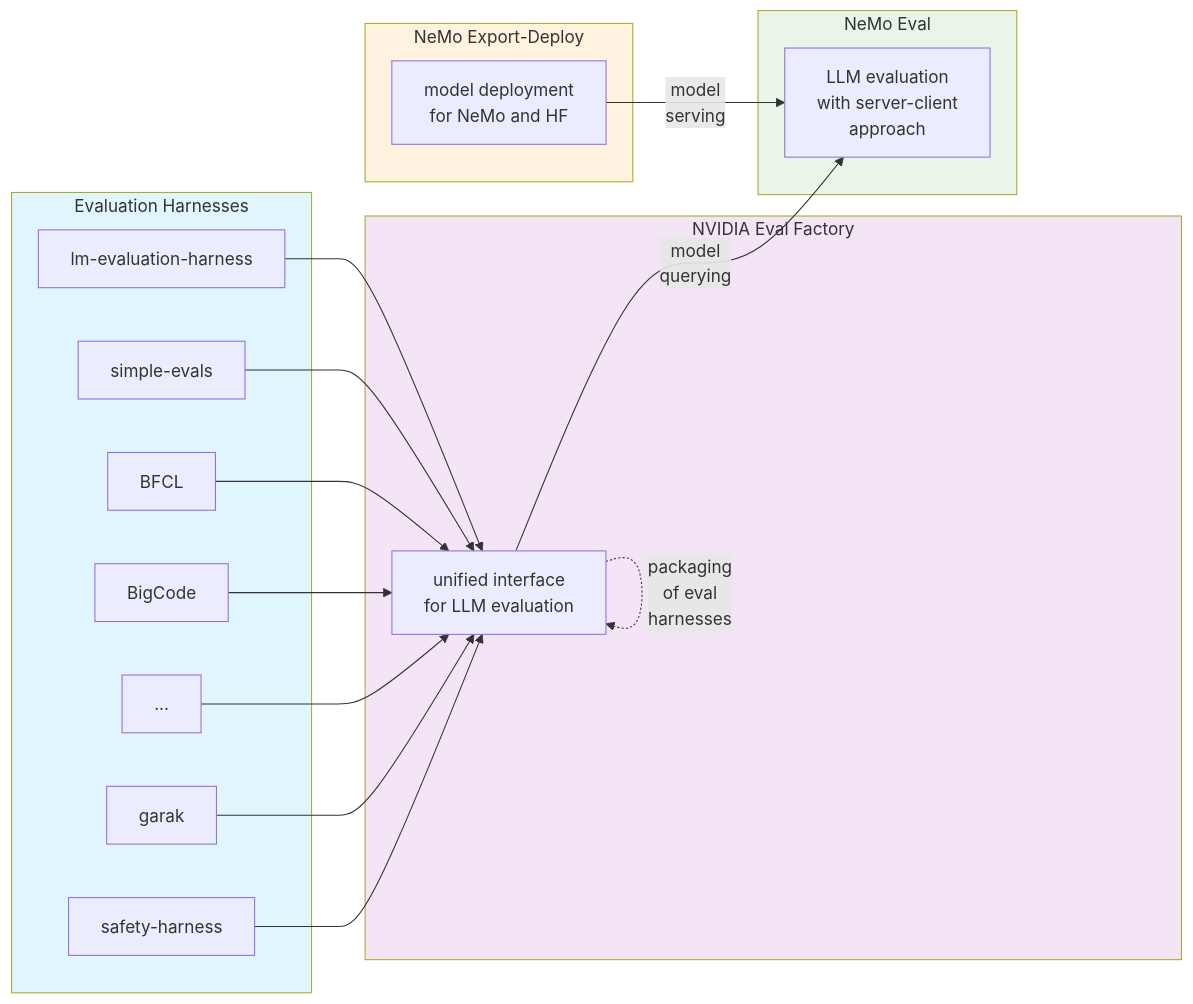
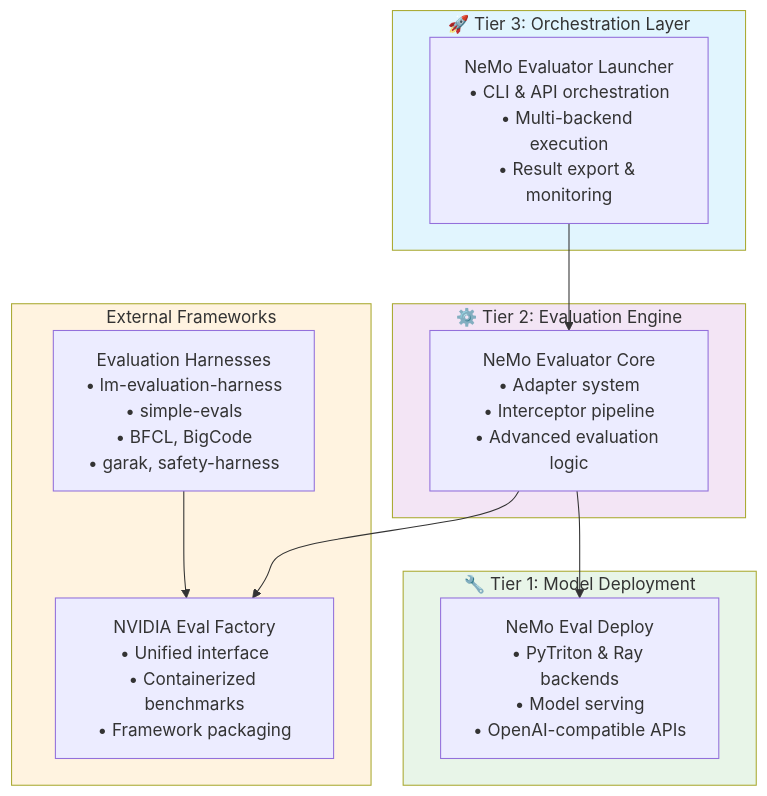
Before and after one commit to NVIDIA-NeMo/Evaluator: the first of 2 diagrams in docs/about/concepts/architecture.md, drawn with Mermaid. The commit also changed other lines of this file and 26 other files, not shown here.

````diff
--- a/docs/about/concepts/architecture.md
+++ b/docs/about/concepts/architecture.md
@@ -5,42 +5,30 @@
 ```{mermaid}
-graph LR
-    subgraph EvalHarnesses["Evaluation Harnesses"]
-        LMEval["lm-evaluation-harness"]
-        SimpleEvals["simple-evals"]
-        Garak["garak"]
-        BFCL["BFCL"]
-        BigCode["BigCode"]
-        SafetyHarness["safety-harness"]
-        Others["..."]
+graph TB
+    subgraph Tier3["🚀 Tier 3: Orchestration Layer"]
+        Launcher["NeMo Evaluator Launcher<br/>• CLI & API orchestration<br/>• Multi-backend execution<br/>• Result export & monitoring"]
     end
     
-    subgraph EvalFactory["NVIDIA Eval Factory"]
-        Factory["unified interface<br/>for LLM evaluation"]
+    subgraph Tier2["⚙️ Tier 2: Evaluation Engine"]
+        Evaluator["NeMo Evaluator Core<br/>• Adapter system<br/>• Interceptor pipeline<br/>• Advanced evaluation logic"]
     end
     
-    subgraph NeMoEval["NeMo Eval"]
-        NEval["LLM evaluation<br/>with server-client<br/>approach"]
+    subgraph Tier1["🔧 Tier 1: Model Deployment"]
+        Deploy["NeMo Eval Deploy<br/>• PyTriton & Ray backends<br/>• Model serving<br/>• OpenAI-compatible APIs"]
     end
     
-    subgraph Deployment["NeMo Export-Deploy"]
-        Deploy["model deployment<br/>for NeMo and HF"]
+    subgraph External["External Frameworks"]
+        EvalHarnesses["Evaluation Harnesses<br/>• lm-evaluation-harness<br/>• simple-evals<br/>• BFCL, BigCode<br/>• garak, safety-harness"]
+        
+        EvalFactory["NVIDIA Eval Factory<br/>• Unified interface<br/>• Containerized benchmarks<br/>• Framework packaging"]
     end
     
-    LMEval --> Factory
-    SimpleEvals --> Factory
-    BFCL --> Factory
-    BigCode --> Factory
-    Others --> Factory
+    Launcher --> Evaluator
+    Evaluator --> Deploy
+    Evaluator --> EvalFactory
+    EvalHarnesses --> EvalFactory
     
-    Factory -.->|"packaging<br/>of eval<br/>harnesses"| Factory
-    Factory -->|"model<br/>querying"| NEval
-    
-    Deploy -->|"model<br/>serving"| NEval
-    Garak --> Factory
-    SafetyHarness --> Factory
-    
-    style EvalHarnesses fill:#e1f5fe
-    style EvalFactory fill:#f3e5f5
-    style NeMoEval fill:#e8f5e8
-    style Deployment fill:#fff3e0
+    style Tier3 fill:#e1f5fe
+    style Tier2 fill:#f3e5f5  
+    style Tier1 fill:#e8f5e8
+    style External fill:#fff3e0
 ```
````
